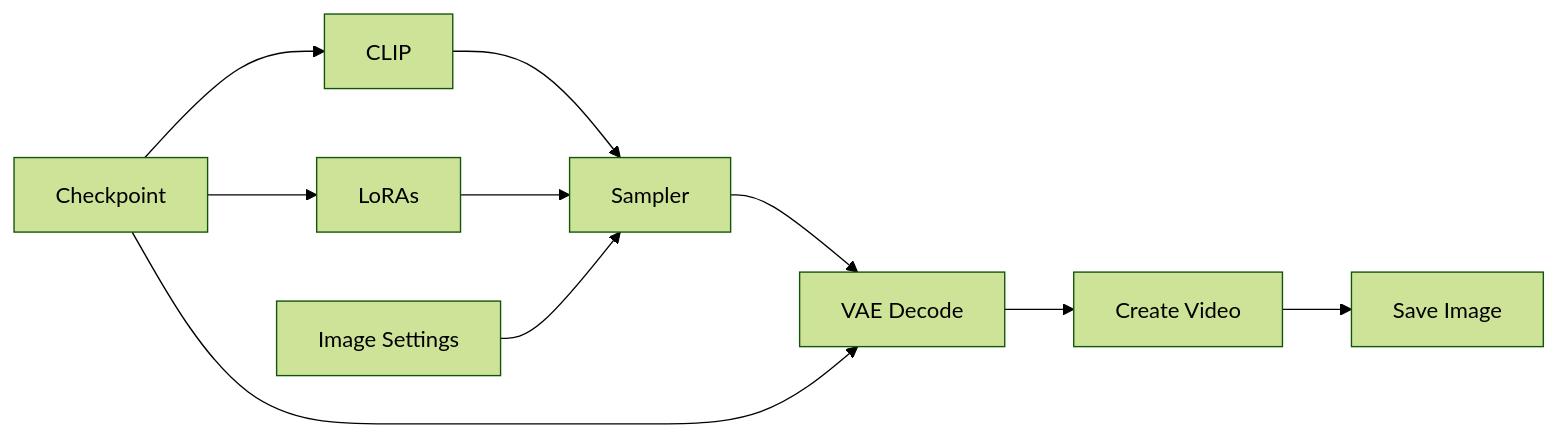
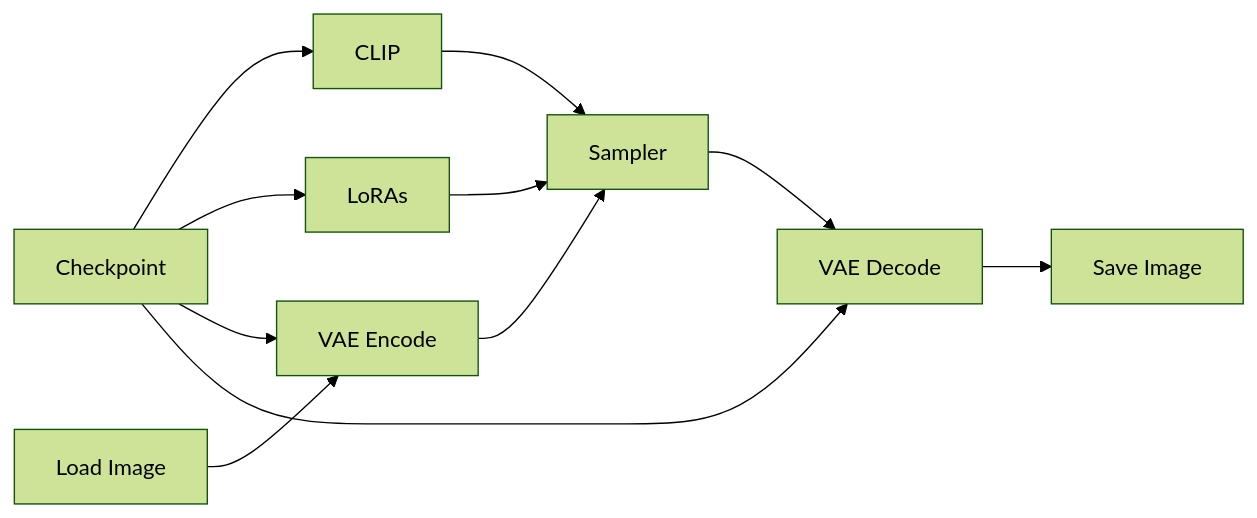
One commit to felipebottega/AI-Audiovisual-Lab changed the diagram in ComfyUI/Guide-ComfyUI-I2I.md. Above: the diagram before and after it, drawn with Mermaid (forest theme). The commit also changed other lines of this file, not shown here.

````diff
--- a/ComfyUI/Guide-ComfyUI-I2I.md
+++ b/ComfyUI/Guide-ComfyUI-I2I.md
@@ -7,9 +5,11 @@
 ```mermaid
 flowchart LR
     A[Checkpoint] --> B[CLIP]
     B --> D
     A --> C[LoRAs] --> D[Sampler]
-    E[Image Settings] --> D
-    D --> F[VAE Decode] --> G[Create Video] --> H[Save Image]
+    E[Load Image] --> F[VAE Encode]
+    D --> G[VAE Decode] --> H[Save Image]
+    F --> D
     A --> F
+    A --> G
 ```
````
